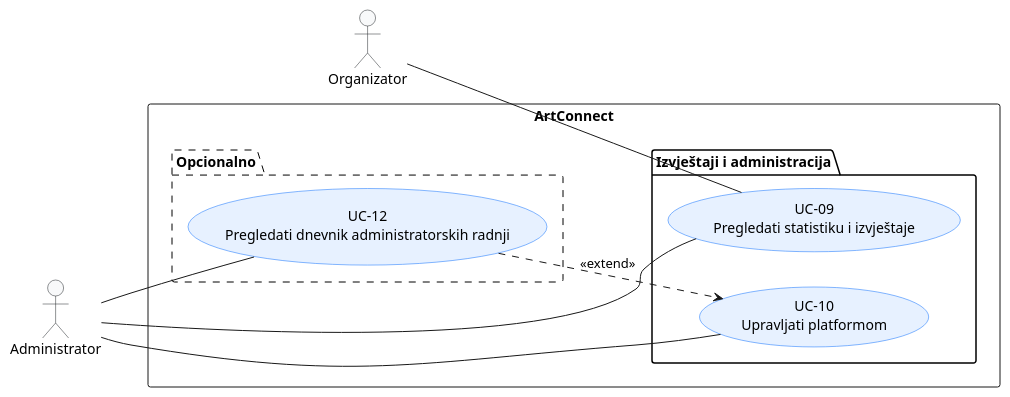
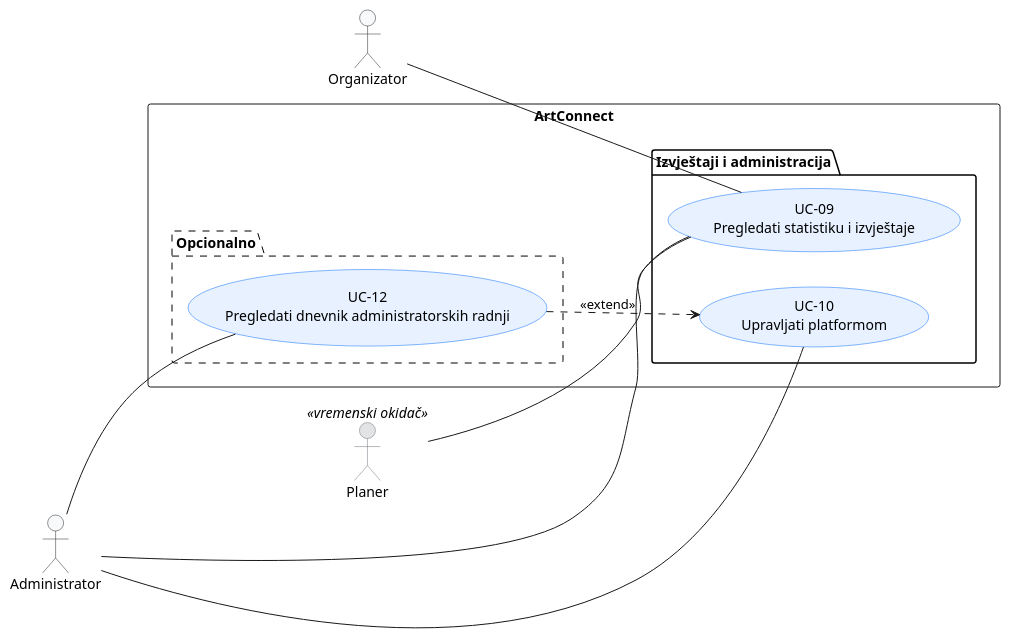
The diagram in docs/puml/3-1-artconnect-izvjestaji-UC.puml (LD05-fk/Strumfovi), drawn with PlantUML before and after one commit. The commit also changed 11 other files, not shown here.

```diff
--- a/docs/puml/3-1-artconnect-izvjestaji-UC.puml
+++ b/docs/puml/3-1-artconnect-izvjestaji-UC.puml
@@ -1,36 +1,40 @@
 @startuml
 ' Obrasci uporabe: izvještaji i administracija (DOC-10, §3.1). UC-12 je opcionalan.
 left to right direction
 skinparam shadowing false
 skinparam defaultFontName Arial
 
 skinparam actor {
     BackgroundColor #F8F9FA
     BorderColor #212529
+    BackgroundColor<<vremenski okidač>> #E2E3E5
+    BorderColor<<vremenski okidač>> #6C757D
 }
 
 skinparam usecase {
     BackgroundColor #E7F1FF
     BorderColor #0D6EFD
 }
 
 actor "Organizator" as Organizator
 actor "Administrator" as Administrator
+actor "Planer" as Planer <<vremenski okidač>>
 
 rectangle "ArtConnect" {
   package "Izvještaji i administracija" {
     usecase "UC-09\nPregledati statistiku i izvještaje" as UC09
     usecase "UC-10\nUpravljati platformom" as UC10
   }
 
   package "Opcionalno" #line.dashed {
     usecase "UC-12\nPregledati dnevnik administratorskih radnji" as UC12
   }
 }
 
 Organizator -- UC09
 Administrator -- UC09
 Administrator -- UC10
 Administrator -- UC12
+Planer -- UC09
 UC12 ..> UC10 : <<extend>>
 @enduml
```
